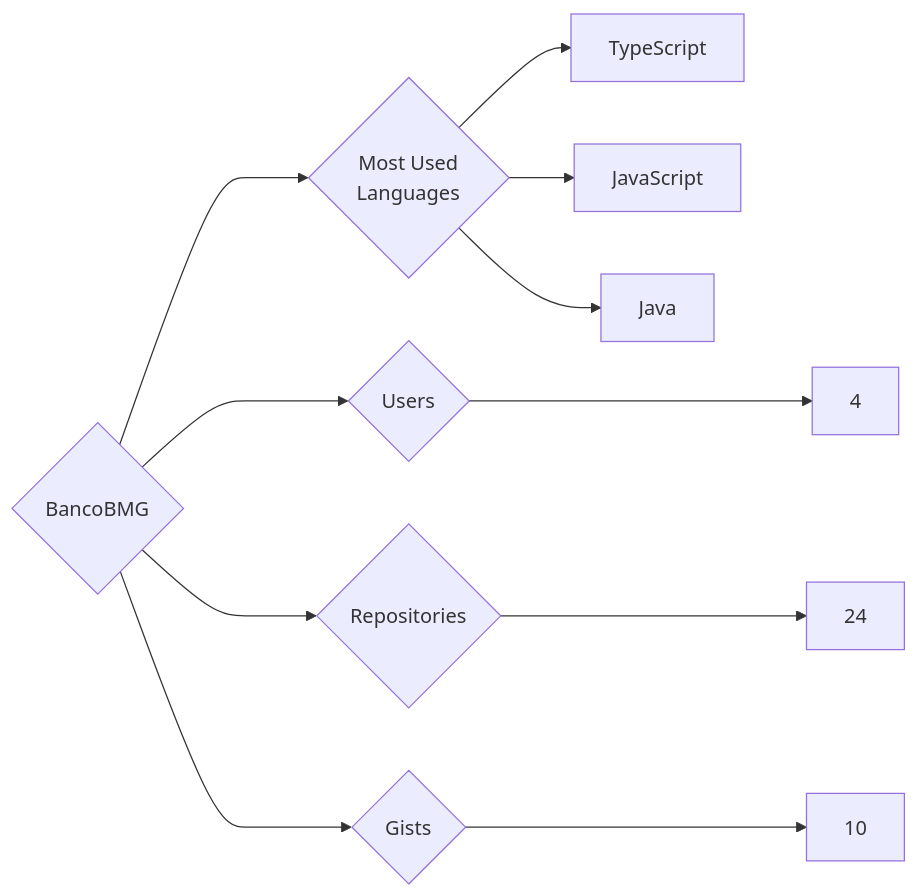
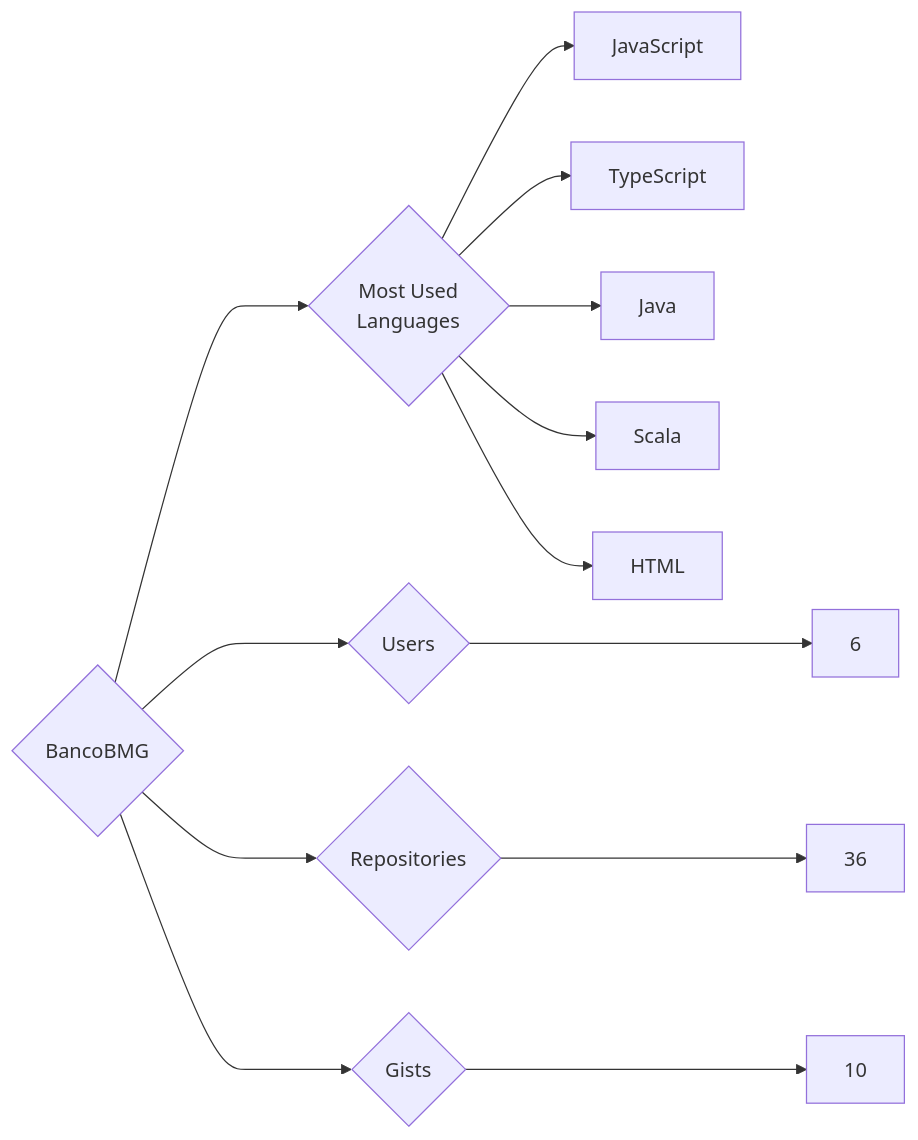
The diagram in targets/BancoBMG/README.md (trickest/insiders), drawn with Mermaid before and after one commit. The commit also changed 1003 other files, not shown here.

````diff
--- a/targets/BancoBMG/README.md
+++ b/targets/BancoBMG/README.md
@@ -3,11 +3,13 @@
 ```mermaid
 graph LR
 COMPANY_NAME{BancoBMG}
-COMPANY_NAME ---> U{Users} ---> UN[4]
-COMPANY_NAME ---> R{Repositories} ---> RN[24]
+COMPANY_NAME ---> U{Users} ---> UN[6]
+COMPANY_NAME ---> R{Repositories} ---> RN[36]
 COMPANY_NAME ---> G{Gists} ---> GN[10]
 COMPANY_NAME ---> ML{Most Used<br>Languages}
+ML --> JavaScript[JavaScript]
 ML --> TypeScript[TypeScript]
-ML --> JavaScript[JavaScript]
 ML --> Java[Java]
+ML --> Scala[Scala]
+ML --> HTML[HTML]
 ```
````
